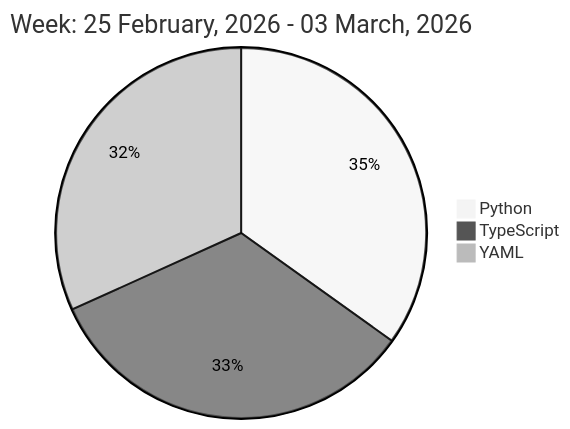
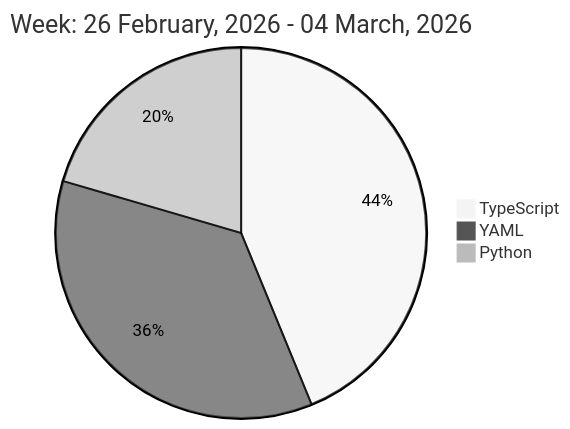
One commit to liubin95/liubin95 changed the diagram in README.md. Above: the diagram before and after it, drawn with Mermaid (neutral theme).

Commit message:
Updated the Graph with new Metrics

````diff
--- a/README.md
+++ b/README.md
@@ -37,7 +37,7 @@
 ```mermaid
  pie
-title Week: 25 February, 2026 - 03 March, 2026
- "Python" : 5.93
- "TypeScript" : 5.67
- "YAML" : 5.4
+title Week: 26 February, 2026 - 04 March, 2026
+ "TypeScript" : 6.95
+ "YAML" : 5.67
+ "Python" : 3.25
 ```
````
